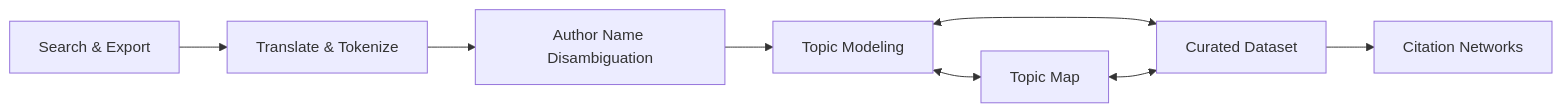
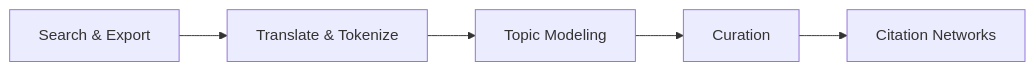
The diagram in docs/index.md (raphschlatt/ads-bib), drawn with Mermaid before and after one commit. The commit also changed other lines of this file and 13 other files, not shown here.

First line of the commit message:
Enhance documentation for Python API, runtime roads, search query design, topic modeling, and troubleshooting

````diff
--- a/docs/index.md
+++ b/docs/index.md
@@ -45,13 +43,7 @@
 ``` mermaid
 graph LR
     A[Search & Export] --> B[Translate & Tokenize]
-    B --> C[Author Name Disambiguation]
-    C --> D[Topic Modeling]
-    
-    D <--> E[Topic Map]
-    D <--> F[Curated Dataset]
-    
-    E <--> F
-    F --> G[Citation Networks]
-
+    B --> C[Topic Modeling]
+    C --> D[Curation]
+    D --> E[Citation Networks]
 ```
````
